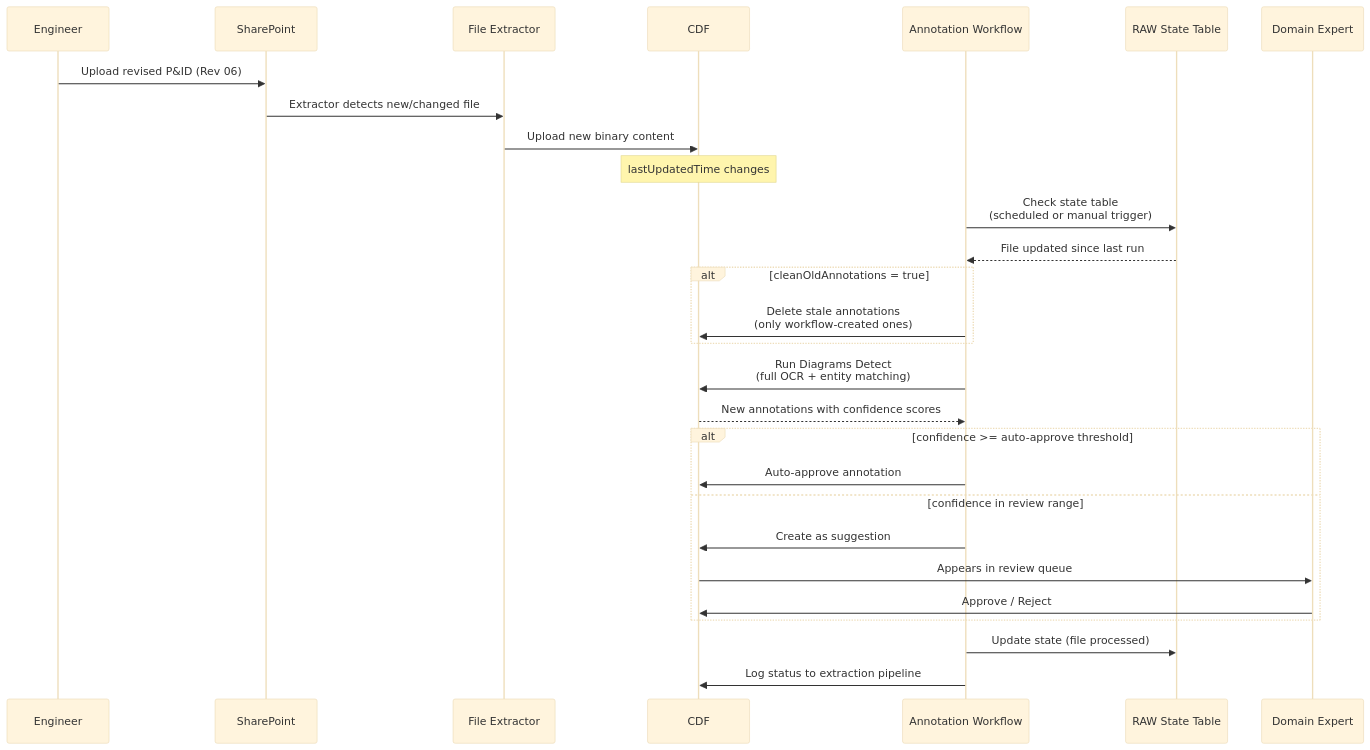
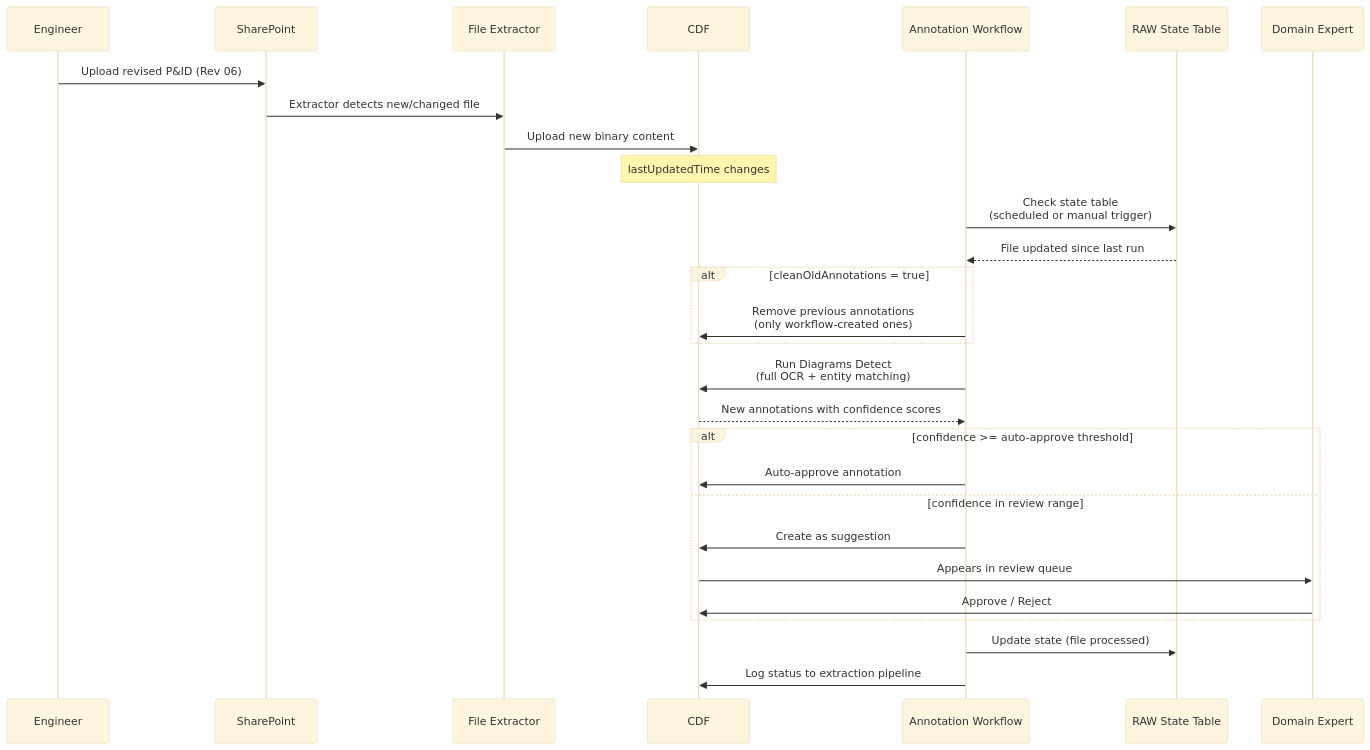
Before and after one commit to fbarsoba-cognite/sylvamo-project-documentation: diagram 11 of 22 in docs/reference/files/PID_CONTEXTUALIZATION_LIFECYCLE.md, drawn with Mermaid (base theme). The commit also changed other lines of this file, not shown here.

````diff
--- a/docs/reference/files/PID_CONTEXTUALIZATION_LIFECYCLE.md
+++ b/docs/reference/files/PID_CONTEXTUALIZATION_LIFECYCLE.md
@@ -442,36 +443,36 @@
 ```mermaid
 sequenceDiagram
     participant ENG as Engineer
     participant SP as SharePoint
     participant EXT as File Extractor
     participant CDF as CDF
     participant WF as Annotation Workflow
     participant RAW as RAW State Table
     participant EXP as Domain Expert
 
     ENG->>SP: Upload revised P&ID (Rev 06)
     SP->>EXT: Extractor detects new/changed file
     EXT->>CDF: Upload new binary content
     Note over CDF: lastUpdatedTime changes
 
     WF->>RAW: Check state table<br/>(scheduled or manual trigger)
     RAW-->>WF: File updated since last run
 
     alt cleanOldAnnotations = true
-        WF->>CDF: Delete stale annotations<br/>(only workflow-created ones)
+        WF->>CDF: Remove previous annotations<br/>(only workflow-created ones)
     end
 
     WF->>CDF: Run Diagrams Detect<br/>(full OCR + entity matching)
     CDF-->>WF: New annotations with confidence scores
 
     alt confidence >= auto-approve threshold
         WF->>CDF: Auto-approve annotation
     else confidence in review range
         WF->>CDF: Create as suggestion
         CDF->>EXP: Appears in review queue
         EXP->>CDF: Approve / Reject
     end
 
     WF->>RAW: Update state (file processed)
     WF->>CDF: Log status to extraction pipeline
 ```
````
